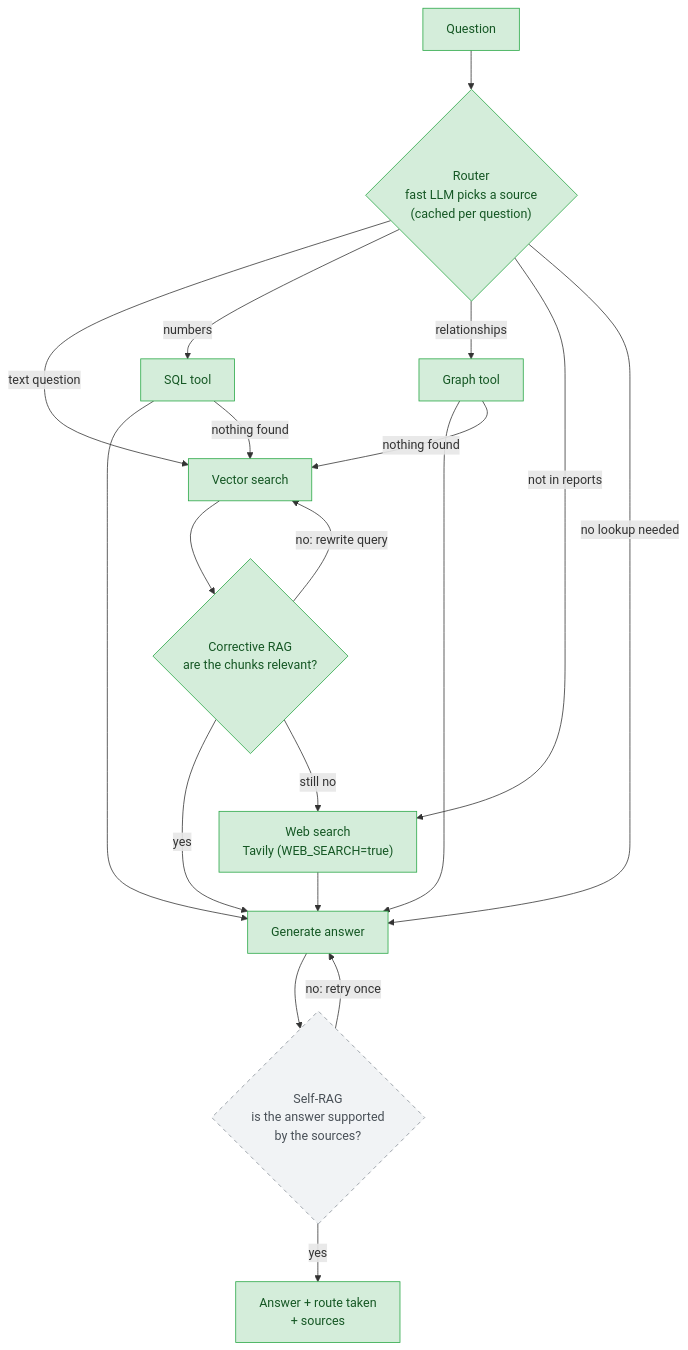
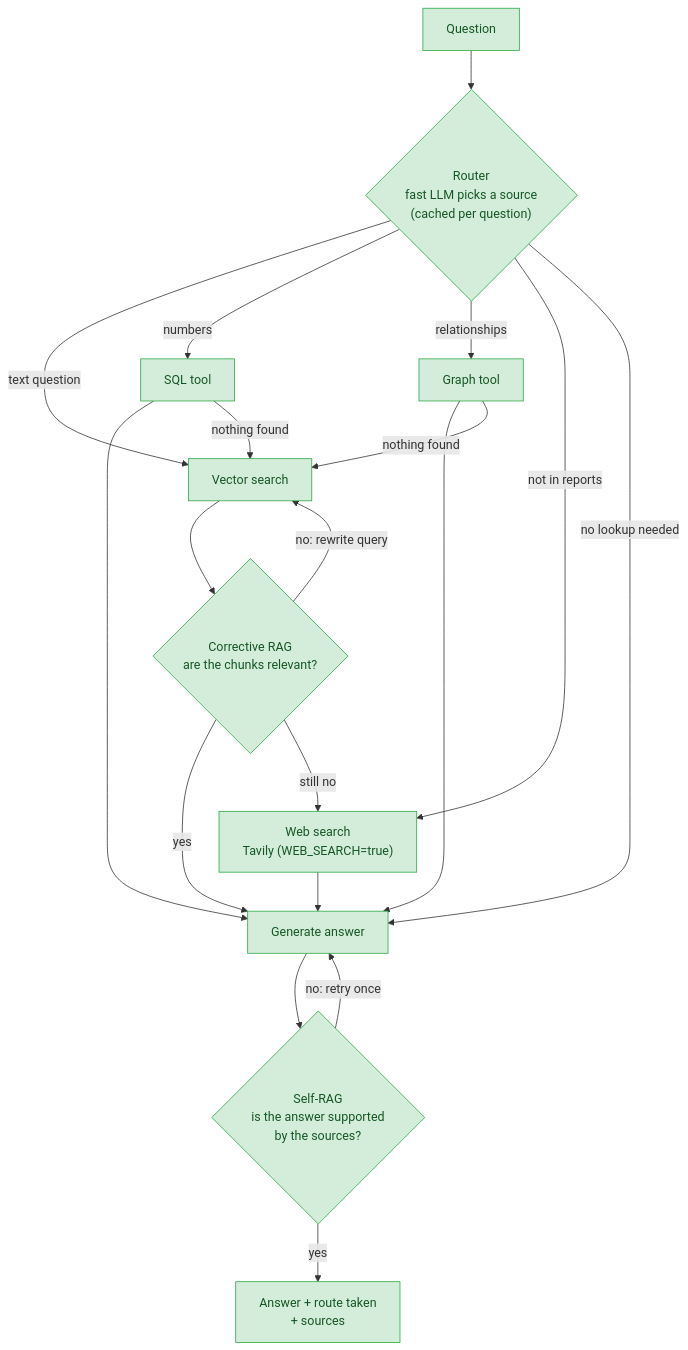
Before and after one commit to madeleine68/Reportlens: the fifth of 8 diagrams in README.md, drawn with Mermaid. The commit also changed other lines of this file and 10 other files, not shown here.

````diff
--- a/README.md
+++ b/README.md
@@ -282,27 +282,26 @@
 ```mermaid
 flowchart TD
     q["Question"] --> router{"Router<br/>fast LLM picks a source<br/>(cached per question)"}
     router -->|"text question"| vec["Vector search"]
     router -->|"numbers"| sql["SQL tool"]
     router -->|"relationships"| kg["Graph tool"]
     router -->|"not in reports"| web["Web search<br/>Tavily (WEB_SEARCH=true)"]
     router -->|"no lookup needed"| gen
     vec --> grade{"Corrective RAG<br/>are the chunks relevant?"}
     grade -->|"yes"| gen["Generate answer"]
     grade -->|"no: rewrite query"| vec
     grade -->|"still no"| web
     sql --> gen
     kg --> gen
     sql -->|"nothing found"| vec
     kg -->|"nothing found"| vec
     web --> gen
     gen --> check{"Self-RAG<br/>is the answer supported<br/>by the sources?"}
     check -->|"yes"| out["Answer + route taken<br/>+ sources"]
     check -->|"no: retry once"| gen
 
     classDef planned fill:#f1f3f5,stroke:#868e96,color:#495057,stroke-dasharray: 5 5
     classDef done fill:#d4edda,stroke:#28a745,color:#155724
     class q,router,vec,sql,kg,gen,out,web done
-    class grade done
-    class check planned
+    class grade,check done
 ```
````
